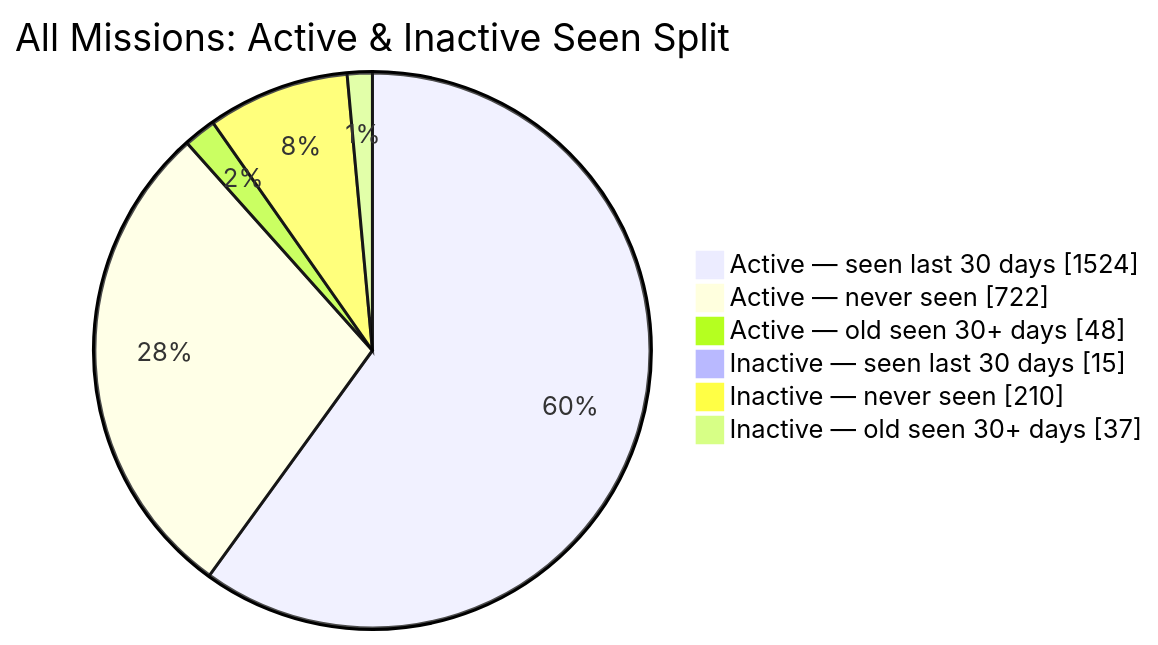
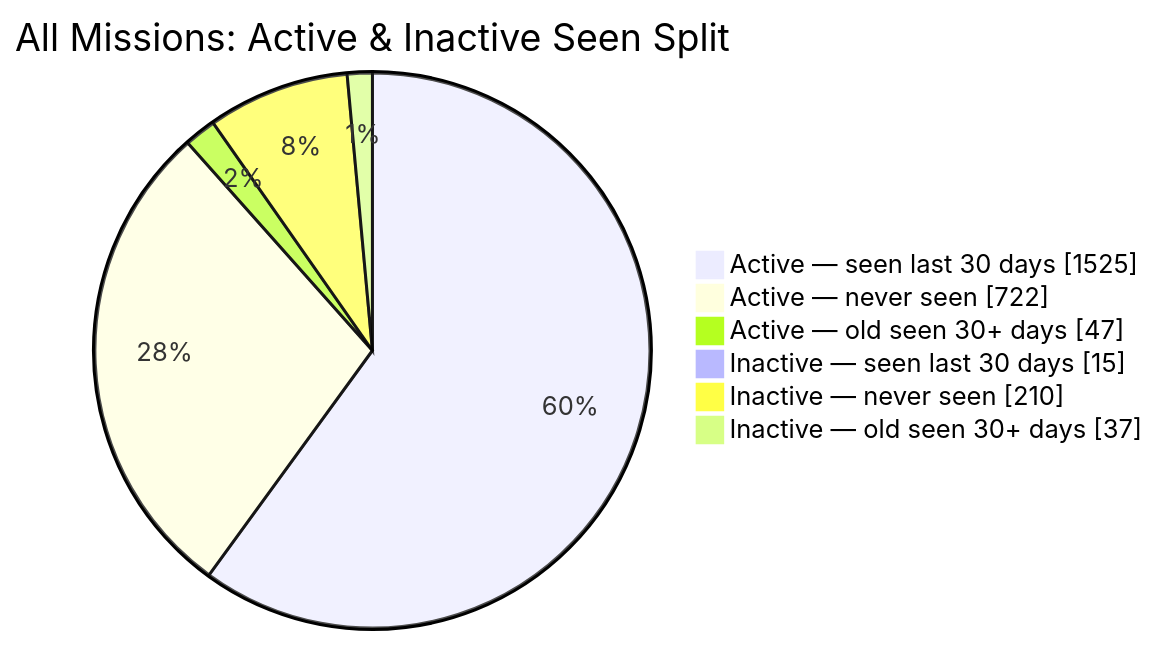
The second of 2 diagrams in README.md (MeldkamerspelGameTeam/active-missions), drawn with Mermaid before and after one commit. The commit also changed other lines of this file and 2 other files, not shown here.

````diff
--- a/README.md
+++ b/README.md
@@ -44,10 +44,10 @@
 ```mermaid
 pie showData
     title All Missions: Active & Inactive Seen Split
-    "Active — seen last 30 days" : 1524
+    "Active — seen last 30 days" : 1525
     "Active — never seen" : 722
-    "Active — old seen 30+ days" : 48
+    "Active — old seen 30+ days" : 47
     "Inactive — seen last 30 days" : 15
     "Inactive — never seen" : 210
     "Inactive — old seen 30+ days" : 37
 ```
````
